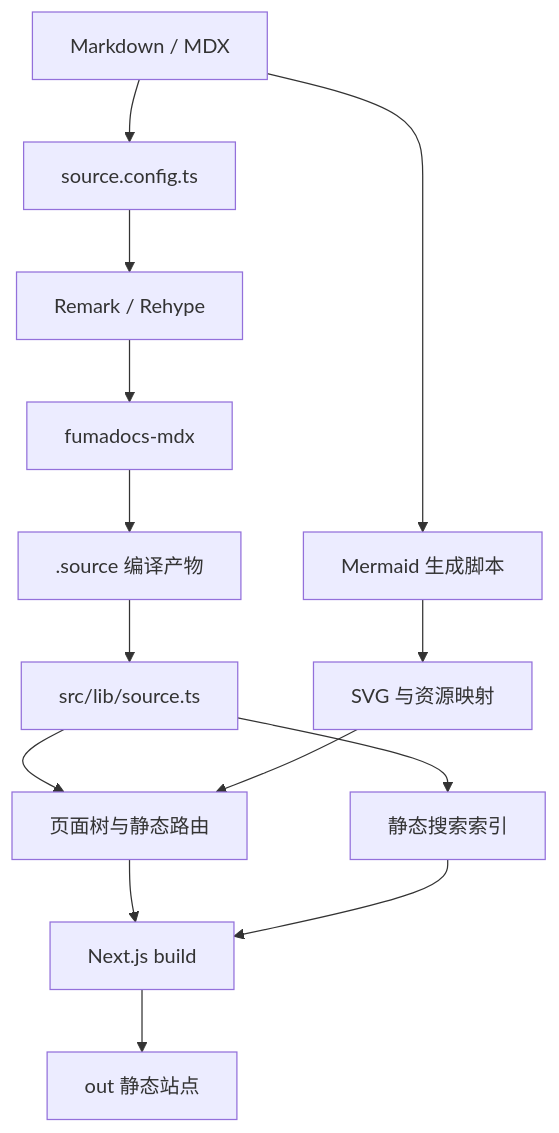
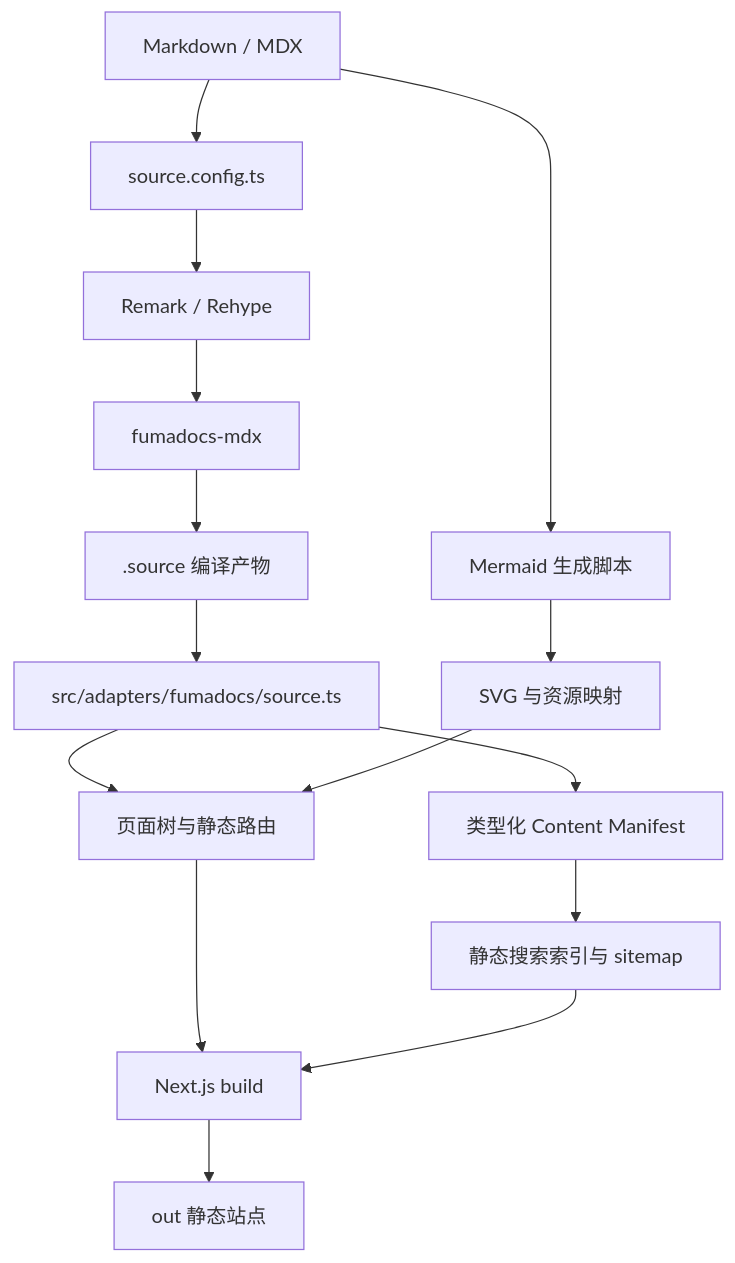
Before and after one commit to SSJ-ZYJ/Neoverse-Doc: the diagram in content/docs/zh/about/project/architecture.mdx, drawn with Mermaid. The commit also changed other lines of this file and 186 other files, not shown here.

First line of the commit message:
refactor(architecture): 重构项目目录与模块结构，收敛核心系统边界

````diff
--- a/content/docs/zh/about/project/architecture.mdx
+++ b/content/docs/zh/about/project/architecture.mdx
@@ -98,18 +98,19 @@
 ```mermaid
 flowchart TD
     A[Markdown / MDX] --> B[source.config.ts]
     B --> C[Remark / Rehype]
     C --> D[fumadocs-mdx]
     D --> E[.source 编译产物]
-    E --> F[src/lib/source.ts]
+    E --> F[src/adapters/fumadocs/source.ts]
     F --> G[页面树与静态路由]
     G --> H[Next.js build]
     H --> I[out 静态站点]
 
     A --> J[Mermaid 生成脚本]
     J --> K[SVG 与资源映射]
     K --> G
 
-    F --> L[静态搜索索引]
-    L --> H
+    F --> L[类型化 Content Manifest]
+    L --> M[静态搜索索引与 sitemap]
+    M --> H
 ```
````
